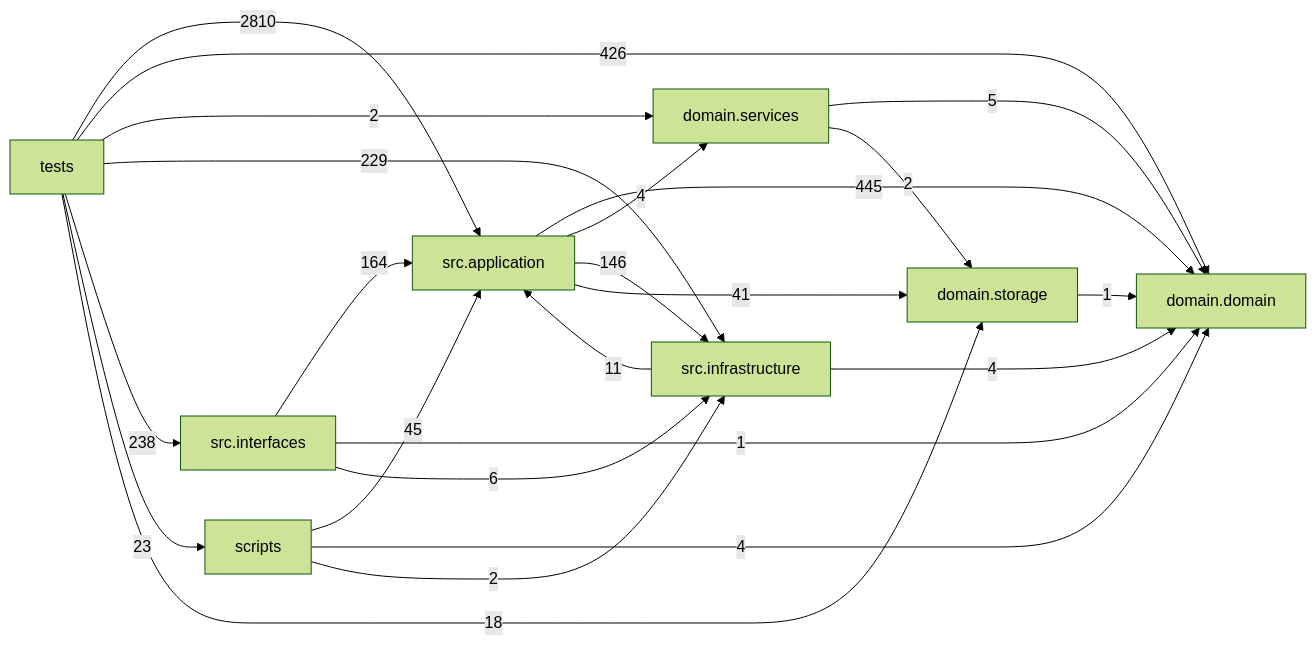
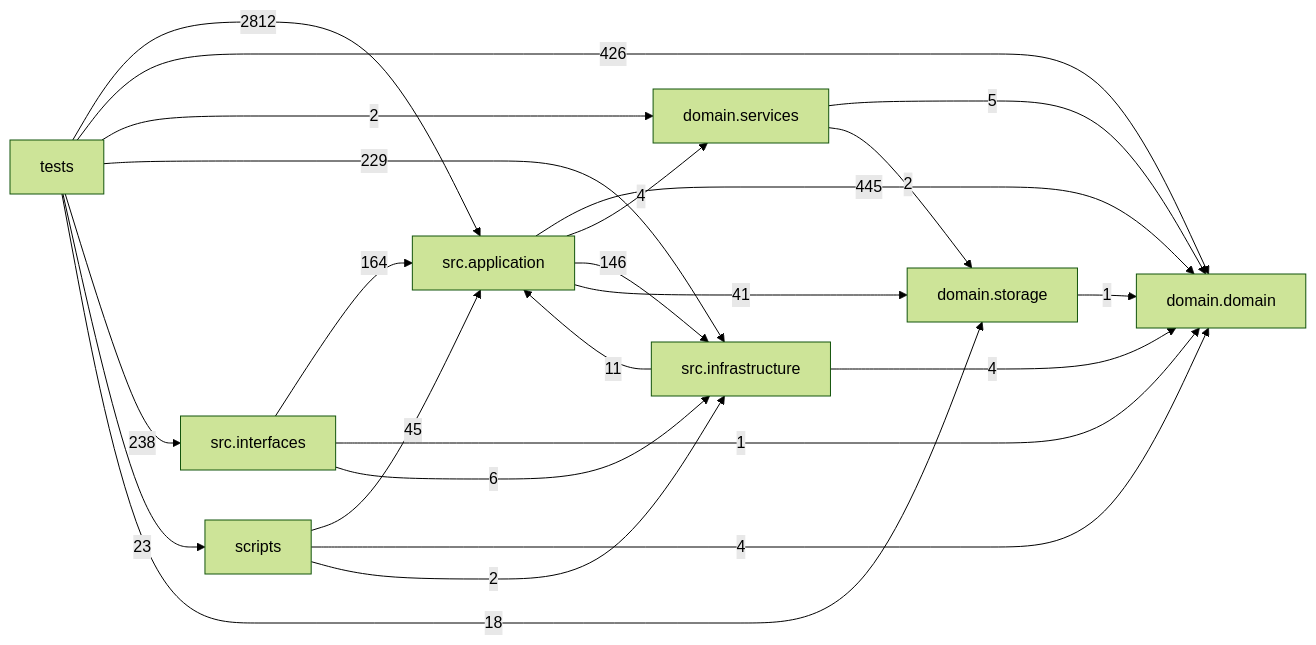
The diagram in docs/DEPENDENCY_GRAPH.md (liuxie066/options-monitor), drawn with Mermaid (forest theme) before and after one commit. The commit also changed other lines of this file and 12 other files, not shown here.

````diff
--- a/docs/DEPENDENCY_GRAPH.md
+++ b/docs/DEPENDENCY_GRAPH.md
@@ -24,33 +24,33 @@
 ```mermaid
 flowchart LR
   tests["tests"]
   scripts["scripts"]
   interfaces["src.interfaces"]
   application["src.application"]
   infrastructure["src.infrastructure"]
   domain_services["domain.services"]
   domain["domain.domain"]
   storage["domain.storage"]
   application -->|445| domain
   application -->|4| domain_services
   application -->|146| infrastructure
   application -->|41| storage
   domain_services -->|5| domain
   domain_services -->|2| storage
   infrastructure -->|11| application
   infrastructure -->|4| domain
   interfaces -->|164| application
   interfaces -->|1| domain
   interfaces -->|6| infrastructure
   scripts -->|45| application
   scripts -->|4| domain
   scripts -->|2| infrastructure
   storage -->|1| domain
-  tests -->|2810| application
+  tests -->|2812| application
   tests -->|426| domain
   tests -->|2| domain_services
   tests -->|229| infrastructure
   tests -->|238| interfaces
   tests -->|23| scripts
   tests -->|18| storage
 ```
````
